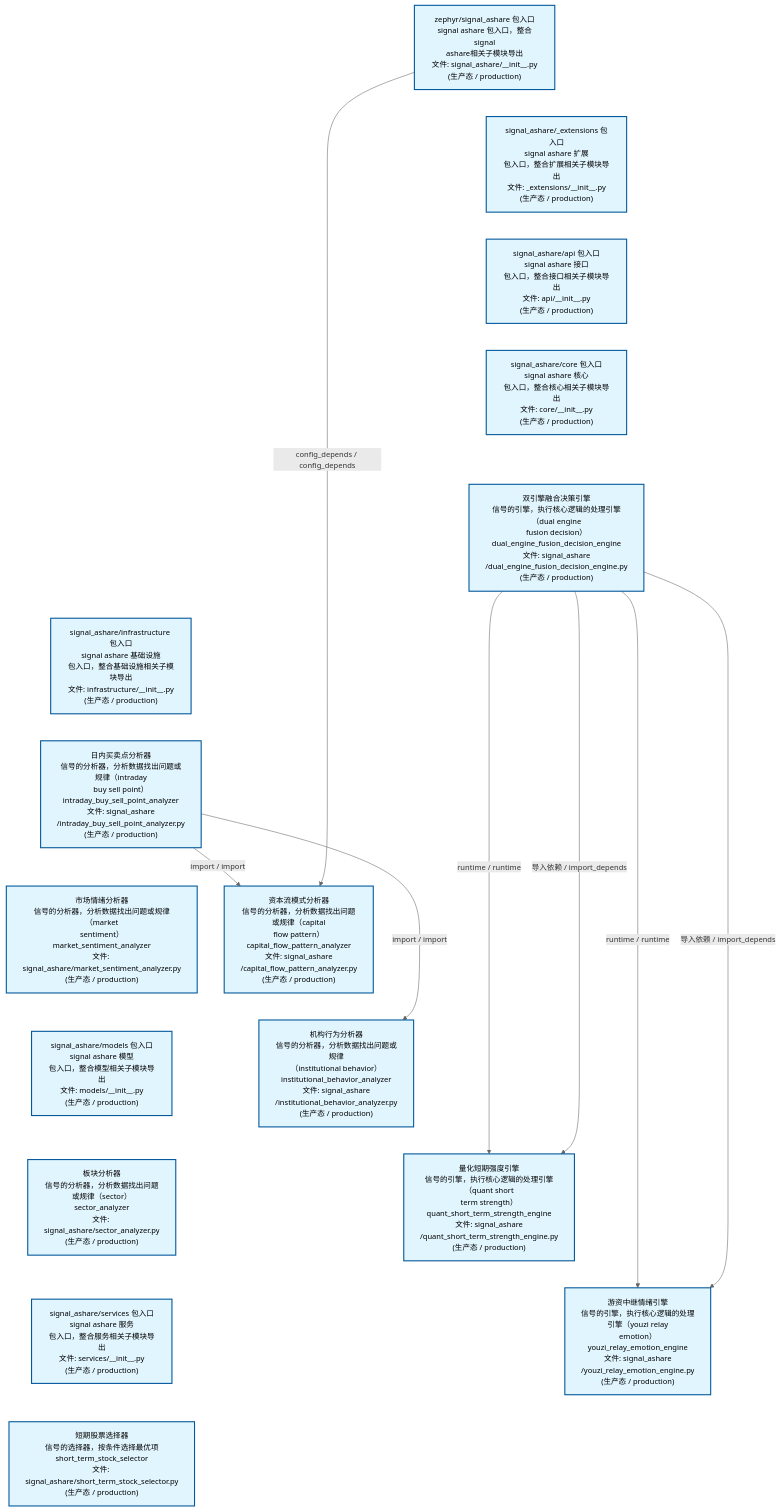
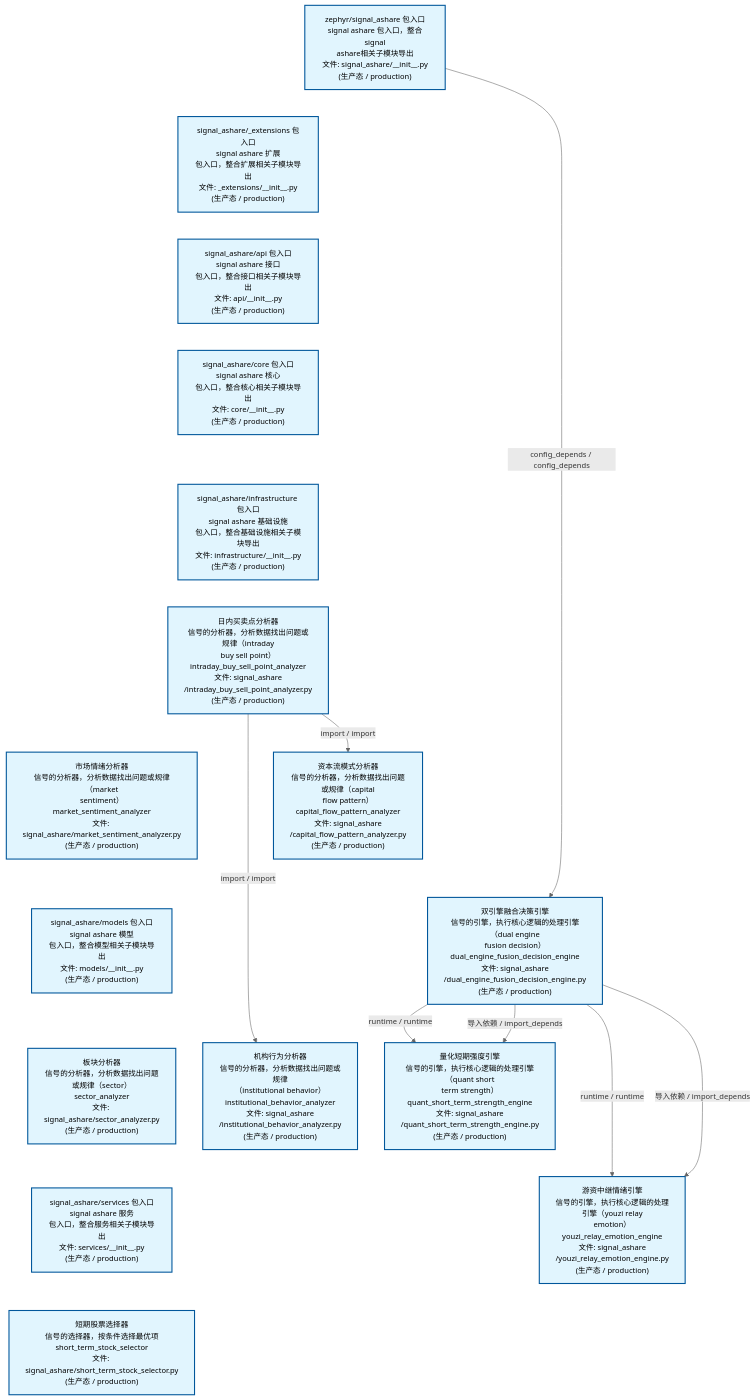
The second of 4 diagrams in docs/02_enterprise_architecture/02_domain_architecture_docs/32_d_ashare_signal.md (xuanFelixVan/ZephyrAlpha), drawn with Mermaid before and after one commit. The commit also changed other lines of this file and 47 other files, not shown here.

````diff
--- a/docs/02_enterprise_architecture/02_domain_architecture_docs/32_d_ashare_signal.md
+++ b/docs/02_enterprise_architecture/02_domain_architecture_docs/32_d_ashare_signal.md
@@ -163,46 +163,45 @@
 ```mermaid
 %%{init: {'theme': 'base', 'themeVariables': {'primaryColor': '#eaeaea', 'primaryTextColor': '#333333', 'primaryBorderColor': '#666666', 'lineColor': '#666666', 'secondaryColor': '#eaeaea', 'tertiaryColor': '#eaeaea', 'fontSize': '14px'}}}%%
 flowchart TD
     src_zephyr_signal_ashare_init_py["zephyr/signal_ashare 包入口<br/>signal ashare 包入口，整合signal<br/>ashare相关子模块导出<br/>文件: signal_ashare/__init__.py<br/>(生产态 / production)"]
     src_zephyr_signal_ashare_extensions_init_py["signal_ashare/_extensions 包入口<br/>signal ashare 扩展<br/>包入口，整合扩展相关子模块导出<br/>文件: _extensions/__init__.py<br/>(生产态 / production)"]
     src_zephyr_signal_ashare_api_init_py["signal_ashare/api 包入口<br/>signal ashare 接口<br/>包入口，整合接口相关子模块导出<br/>文件: api/__init__.py<br/>(生产态 / production)"]
     src_zephyr_signal_ashare_core_init_py["signal_ashare/core 包入口<br/>signal ashare 核心<br/>包入口，整合核心相关子模块导出<br/>文件: core/__init__.py<br/>(生产态 / production)"]
-    src_zephyr_signal_ashare_dual_engine_fusion_decision_engine_py["双引擎融合决策引擎<br/>信号的引擎，执行核心逻辑的处理引擎（dual engine<br/>fusion decision）<br/>dual_engine_fusion_decision_engine<br/>文件: signal_ashare<br/>/dual_engine_fusion_decision_engine.py<br/>(生产态 / production)"]
     src_zephyr_signal_ashare_infrastructure_init_py["signal_ashare/infrastructure 包入口<br/>signal ashare 基础设施<br/>包入口，整合基础设施相关子模块导出<br/>文件: infrastructure/__init__.py<br/>(生产态 / production)"]
     src_zephyr_signal_ashare_intraday_buy_sell_point_analyzer_py["日内买卖点分析器<br/>信号的分析器，分析数据找出问题或规律（intraday<br/>buy sell point）<br/>intraday_buy_sell_point_analyzer<br/>文件: signal_ashare<br/>/intraday_buy_sell_point_analyzer.py<br/>(生产态 / production)"]
     src_zephyr_signal_ashare_market_sentiment_analyzer_py["市场情绪分析器<br/>信号的分析器，分析数据找出问题或规律（market<br/>sentiment）<br/>market_sentiment_analyzer<br/>文件: signal_ashare/market_sentiment_analyzer.py<br/>(生产态 / production)"]
     src_zephyr_signal_ashare_models_init_py["signal_ashare/models 包入口<br/>signal ashare 模型<br/>包入口，整合模型相关子模块导出<br/>文件: models/__init__.py<br/>(生产态 / production)"]
     src_zephyr_signal_ashare_sector_analyzer_py["板块分析器<br/>信号的分析器，分析数据找出问题或规律（sector）<br/>sector_analyzer<br/>文件: signal_ashare/sector_analyzer.py<br/>(生产态 / production)"]
     src_zephyr_signal_ashare_services_init_py["signal_ashare/services 包入口<br/>signal ashare 服务<br/>包入口，整合服务相关子模块导出<br/>文件: services/__init__.py<br/>(生产态 / production)"]
     src_zephyr_signal_ashare_short_term_stock_selector_py["短期股票选择器<br/>信号的选择器，按条件选择最优项<br/>short_term_stock_selector<br/>文件: signal_ashare/short_term_stock_selector.py<br/>(生产态 / production)"]
     src_zephyr_signal_ashare_init_py ~~~ src_zephyr_signal_ashare_extensions_init_py
     src_zephyr_signal_ashare_extensions_init_py ~~~ src_zephyr_signal_ashare_api_init_py
     src_zephyr_signal_ashare_api_init_py ~~~ src_zephyr_signal_ashare_core_init_py
-    src_zephyr_signal_ashare_core_init_py ~~~ src_zephyr_signal_ashare_dual_engine_fusion_decision_engine_py
-    src_zephyr_signal_ashare_dual_engine_fusion_decision_engine_py ~~~ src_zephyr_signal_ashare_infrastructure_init_py
+    src_zephyr_signal_ashare_core_init_py ~~~ src_zephyr_signal_ashare_infrastructure_init_py
     src_zephyr_signal_ashare_infrastructure_init_py ~~~ src_zephyr_signal_ashare_intraday_buy_sell_point_analyzer_py
     src_zephyr_signal_ashare_intraday_buy_sell_point_analyzer_py ~~~ src_zephyr_signal_ashare_market_sentiment_analyzer_py
     src_zephyr_signal_ashare_market_sentiment_analyzer_py ~~~ src_zephyr_signal_ashare_models_init_py
     src_zephyr_signal_ashare_models_init_py ~~~ src_zephyr_signal_ashare_sector_analyzer_py
     src_zephyr_signal_ashare_sector_analyzer_py ~~~ src_zephyr_signal_ashare_services_init_py
     src_zephyr_signal_ashare_services_init_py ~~~ src_zephyr_signal_ashare_short_term_stock_selector_py
     src_zephyr_signal_ashare_capital_flow_pattern_analyzer_py["资本流模式分析器<br/>信号的分析器，分析数据找出问题或规律（capital<br/>flow pattern）<br/>capital_flow_pattern_analyzer<br/>文件: signal_ashare<br/>/capital_flow_pattern_analyzer.py<br/>(生产态 / production)"]
+    src_zephyr_signal_ashare_dual_engine_fusion_decision_engine_py["双引擎融合决策引擎<br/>信号的引擎，执行核心逻辑的处理引擎（dual engine<br/>fusion decision）<br/>dual_engine_fusion_decision_engine<br/>文件: signal_ashare<br/>/dual_engine_fusion_decision_engine.py<br/>(生产态 / production)"]
     src_zephyr_signal_ashare_institutional_behavior_analyzer_py["机构行为分析器<br/>信号的分析器，分析数据找出问题或规律<br/>（institutional behavior）<br/>institutional_behavior_analyzer<br/>文件: signal_ashare<br/>/institutional_behavior_analyzer.py<br/>(生产态 / production)"]
+    src_zephyr_signal_ashare_capital_flow_pattern_analyzer_py ~~~ src_zephyr_signal_ashare_dual_engine_fusion_decision_engine_py
+    src_zephyr_signal_ashare_dual_engine_fusion_decision_engine_py ~~~ src_zephyr_signal_ashare_institutional_behavior_analyzer_py
     src_zephyr_signal_ashare_quant_short_term_strength_engine_py["量化短期强度引擎<br/>信号的引擎，执行核心逻辑的处理引擎（quant short<br/>term strength）<br/>quant_short_term_strength_engine<br/>文件: signal_ashare<br/>/quant_short_term_strength_engine.py<br/>(生产态 / production)"]
     src_zephyr_signal_ashare_youzi_relay_emotion_engine_py["游资中继情绪引擎<br/>信号的引擎，执行核心逻辑的处理引擎（youzi relay<br/>emotion）<br/>youzi_relay_emotion_engine<br/>文件: signal_ashare<br/>/youzi_relay_emotion_engine.py<br/>(生产态 / production)"]
-    src_zephyr_signal_ashare_capital_flow_pattern_analyzer_py ~~~ src_zephyr_signal_ashare_institutional_behavior_analyzer_py
-    src_zephyr_signal_ashare_institutional_behavior_analyzer_py ~~~ src_zephyr_signal_ashare_quant_short_term_strength_engine_py
     src_zephyr_signal_ashare_quant_short_term_strength_engine_py ~~~ src_zephyr_signal_ashare_youzi_relay_emotion_engine_py
     src_zephyr_signal_ashare_dual_engine_fusion_decision_engine_py -->|runtime / runtime| src_zephyr_signal_ashare_quant_short_term_strength_engine_py
     src_zephyr_signal_ashare_dual_engine_fusion_decision_engine_py -->|导入依赖 / import_depends| src_zephyr_signal_ashare_quant_short_term_strength_engine_py
     src_zephyr_signal_ashare_dual_engine_fusion_decision_engine_py -->|runtime / runtime| src_zephyr_signal_ashare_youzi_relay_emotion_engine_py
     src_zephyr_signal_ashare_dual_engine_fusion_decision_engine_py -->|导入依赖 / import_depends| src_zephyr_signal_ashare_youzi_relay_emotion_engine_py
+    src_zephyr_signal_ashare_intraday_buy_sell_point_analyzer_py -->|import / import| src_zephyr_signal_ashare_institutional_behavior_analyzer_py
     src_zephyr_signal_ashare_intraday_buy_sell_point_analyzer_py -->|import / import| src_zephyr_signal_ashare_capital_flow_pattern_analyzer_py
-    src_zephyr_signal_ashare_intraday_buy_sell_point_analyzer_py -->|import / import| src_zephyr_signal_ashare_institutional_behavior_analyzer_py
-    src_zephyr_signal_ashare_init_py -->|config_depends / config_depends| src_zephyr_signal_ashare_capital_flow_pattern_analyzer_py
+    src_zephyr_signal_ashare_init_py -->|config_depends / config_depends| src_zephyr_signal_ashare_dual_engine_fusion_decision_engine_py
     classDef production fill:#e1f5fe,stroke:#01579b,stroke-width:2px,color:#000
     classDef design fill:#fff3e0,stroke:#e65100,stroke-width:2px,color:#000,stroke-dasharray: 5 5
     classDef external_prod fill:#e8f4fd,stroke:#0277bd,stroke-width:1px,color:#000
     classDef external_design fill:#fff8e7,stroke:#ef6c00,stroke-width:1px,color:#000,stroke-dasharray: 5 5
     class src_zephyr_signal_ashare_init_py,src_zephyr_signal_ashare_extensions_init_py,src_zephyr_signal_ashare_api_init_py,src_zephyr_signal_ashare_capital_flow_pattern_analyzer_py,src_zephyr_signal_ashare_core_init_py,src_zephyr_signal_ashare_dual_engine_fusion_decision_engine_py,src_zephyr_signal_ashare_infrastructure_init_py,src_zephyr_signal_ashare_institutional_behavior_analyzer_py,src_zephyr_signal_ashare_intraday_buy_sell_point_analyzer_py,src_zephyr_signal_ashare_market_sentiment_analyzer_py,src_zephyr_signal_ashare_models_init_py,src_zephyr_signal_ashare_quant_short_term_strength_engine_py,src_zephyr_signal_ashare_sector_analyzer_py,src_zephyr_signal_ashare_services_init_py,src_zephyr_signal_ashare_short_term_stock_selector_py,src_zephyr_signal_ashare_youzi_relay_emotion_engine_py production
 ```
````
